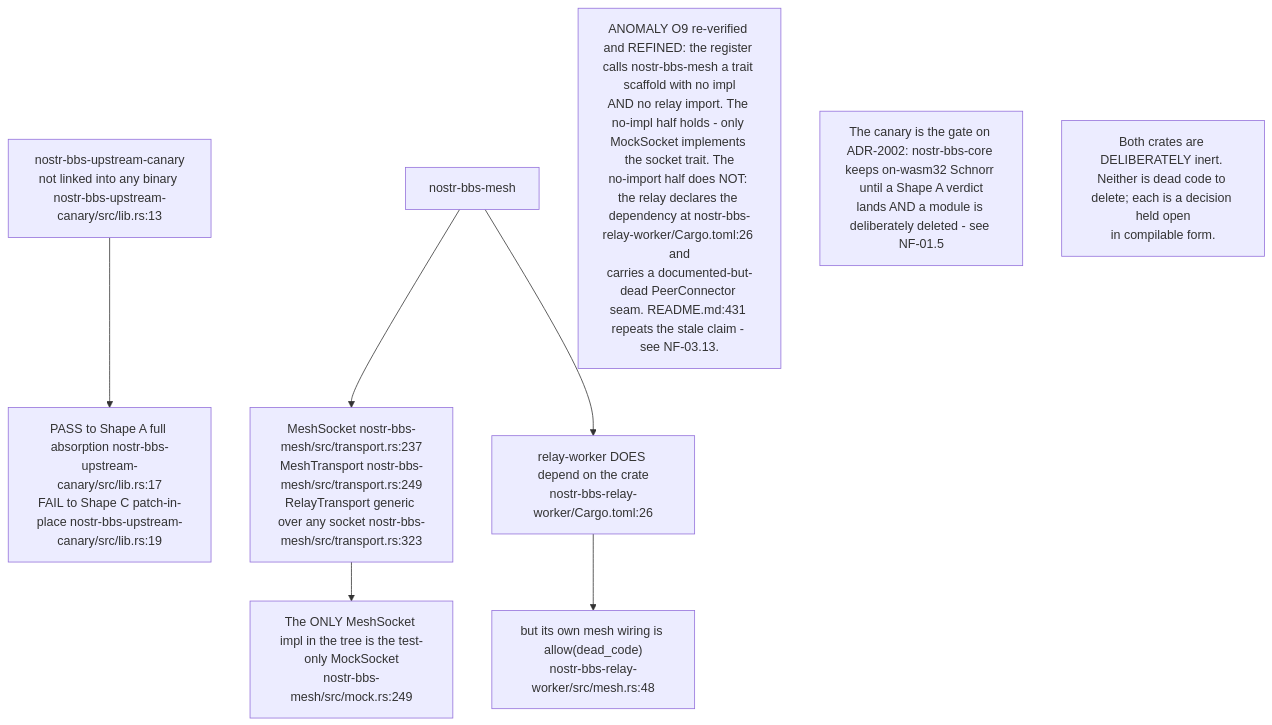
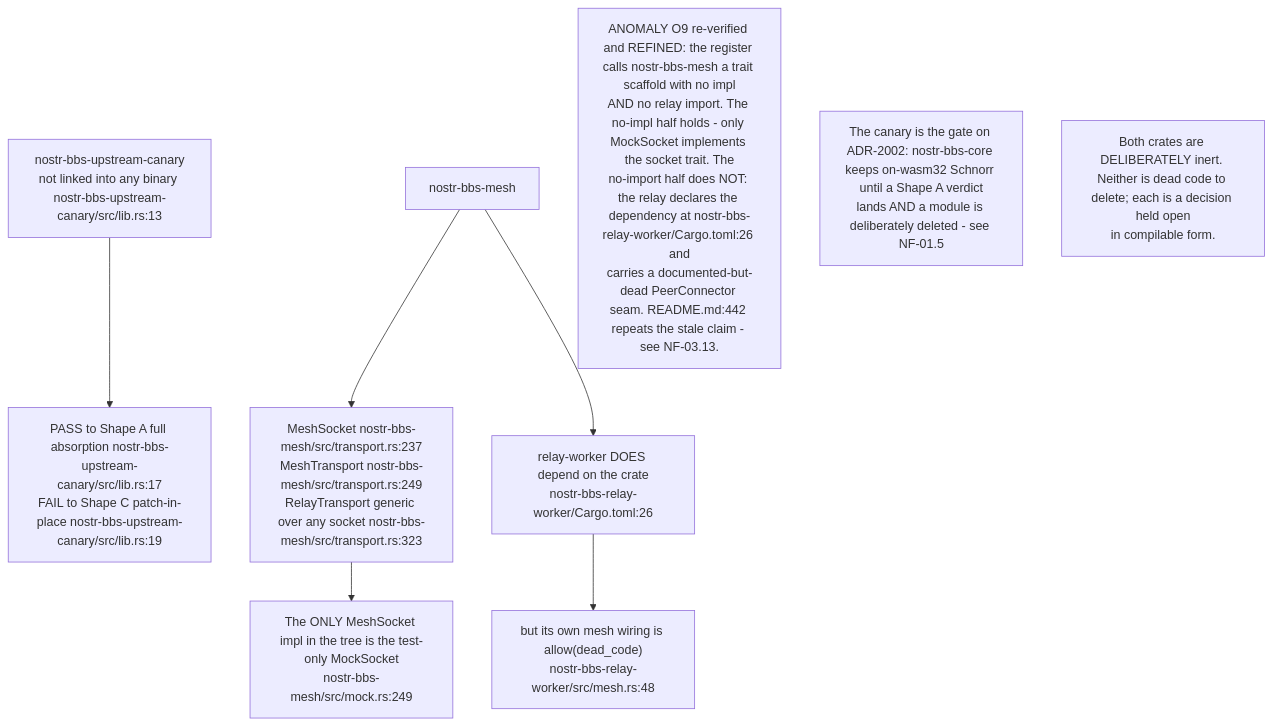
One commit to DreamLab-AI/VisionFlow changed the eighth of 9 diagrams in docs/diagrams/nostr-rust-forum/09-ci-deploy-canary-and-validation.md. Above: the diagram before and after it, drawn with Mermaid. The commit also changed other lines of this file and 136 other files, not shown here.

First line of the commit message:
docs(diagrams): refresh the whole corpus to code HEAD and prune low-value diagrams

````diff
--- a/docs/diagrams/nostr-rust-forum/09-ci-deploy-canary-and-validation.md
+++ b/docs/diagrams/nostr-rust-forum/09-ci-deploy-canary-and-validation.md
@@ -191,18 +194,18 @@
 ```mermaid
 flowchart TB
     CAN["nostr-bbs-upstream-canary<br/>not linked into any binary nostr-bbs-upstream-canary/src/lib.rs:13"]
     SHAPE["PASS to Shape A full absorption nostr-bbs-upstream-canary/src/lib.rs:17<br/>FAIL to Shape C patch-in-place nostr-bbs-upstream-canary/src/lib.rs:19"]
     MESH["nostr-bbs-mesh"]
     TRAITS["MeshSocket nostr-bbs-mesh/src/transport.rs:237<br/>MeshTransport nostr-bbs-mesh/src/transport.rs:249<br/>RelayTransport generic over any socket nostr-bbs-mesh/src/transport.rs:323"]
     ONLYIMPL["The ONLY MeshSocket impl in the tree is the test-only MockSocket<br/>nostr-bbs-mesh/src/mock.rs:249"]
     DEP["relay-worker DOES depend on the crate<br/>nostr-bbs-relay-worker/Cargo.toml:26"]
     DEAD["but its own mesh wiring is allow(dead_code)<br/>nostr-bbs-relay-worker/src/mesh.rs:48"]
 
     CAN --> SHAPE
     MESH --> TRAITS --> ONLYIMPL
     MESH --> DEP --> DEAD
 
-    N1["ANOMALY O9 re-verified and REFINED: the register calls nostr-bbs-mesh a trait scaffold with no impl<br/>AND no relay import. The no-impl half holds - only MockSocket implements the socket trait. The<br/>no-import half does NOT: the relay declares the dependency at nostr-bbs-relay-worker/Cargo.toml:26 and<br/>carries a documented-but-dead PeerConnector seam. README.md:431 repeats the stale claim - see NF-03.13."]
+    N1["ANOMALY O9 re-verified and REFINED: the register calls nostr-bbs-mesh a trait scaffold with no impl<br/>AND no relay import. The no-impl half holds - only MockSocket implements the socket trait. The<br/>no-import half does NOT: the relay declares the dependency at nostr-bbs-relay-worker/Cargo.toml:26 and<br/>carries a documented-but-dead PeerConnector seam. README.md:442 repeats the stale claim - see NF-03.13."]
     N2["The canary is the gate on ADR-2002: nostr-bbs-core keeps on-wasm32 Schnorr until a Shape A verdict<br/>lands AND a module is deliberately deleted - see NF-01.5"]
     N3["Both crates are DELIBERATELY inert. Neither is dead code to delete; each is a decision held open<br/>in compilable form."]
 ```
````
